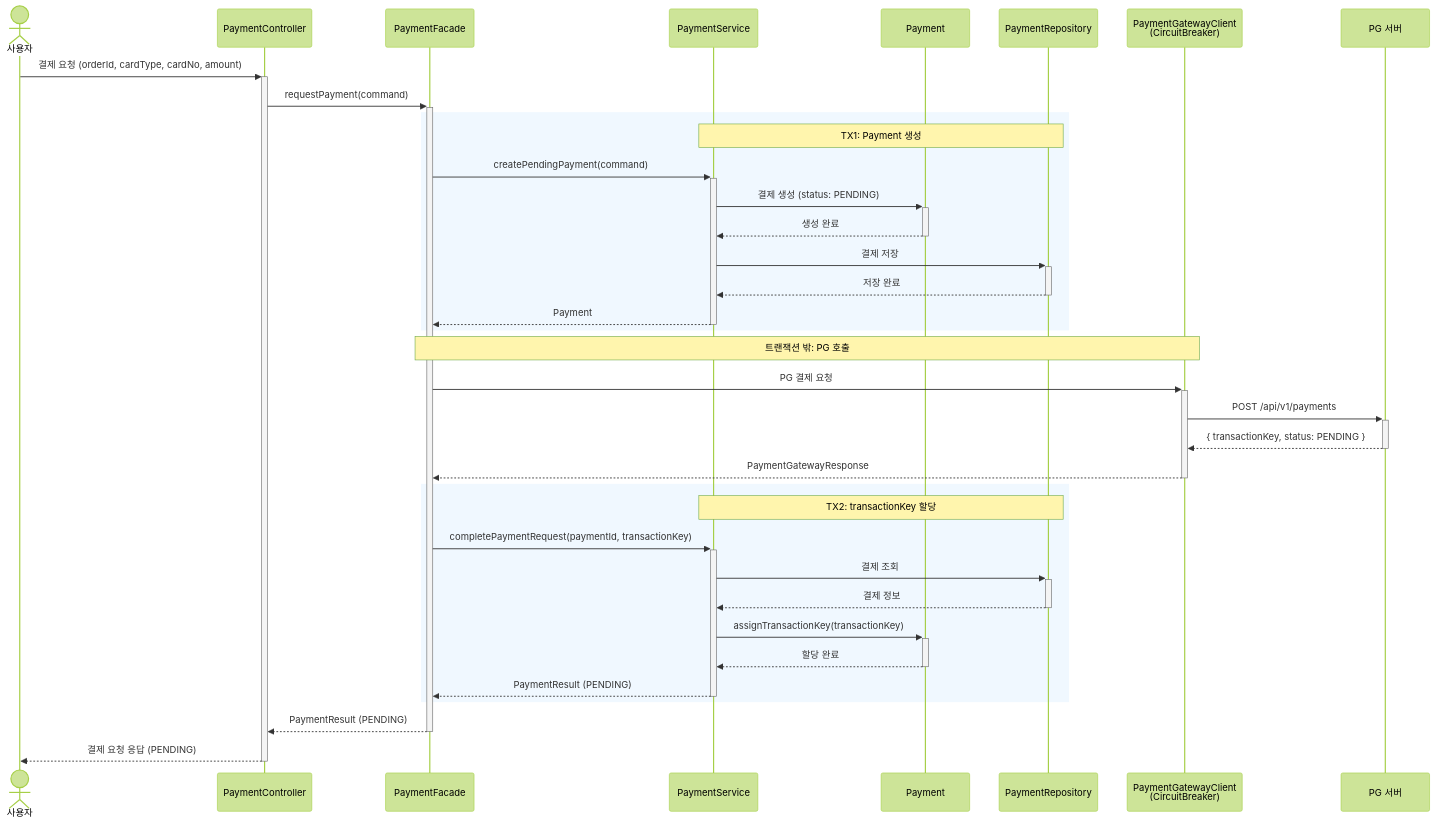
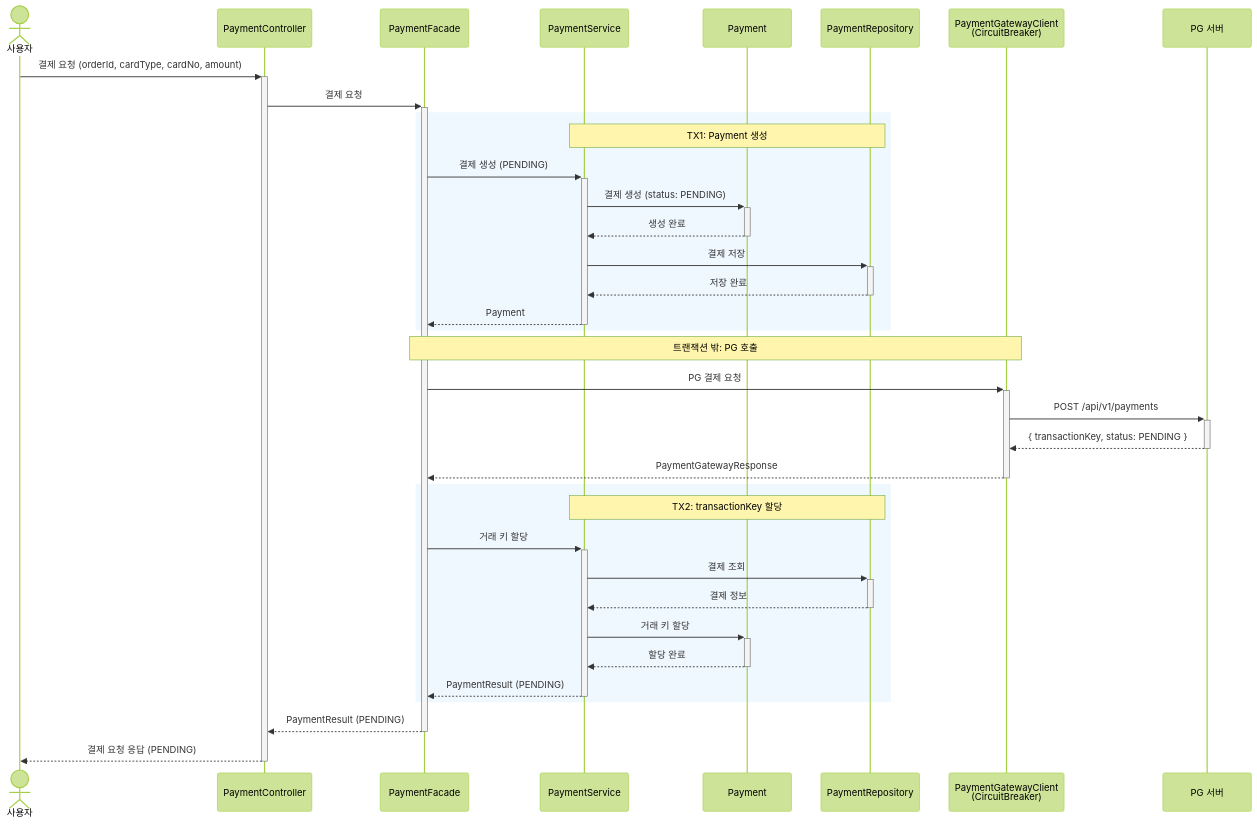
Diagram 32 of 34 in docs/design/02-sequence-diagrams.md (kimjunyoung90/loop-pack-be-l2-vol3-java), drawn with Mermaid (forest theme) before and after one commit. The commit also changed other lines of this file and 3 other files, not shown here.

````diff
--- a/docs/design/02-sequence-diagrams.md
+++ b/docs/design/02-sequence-diagrams.md
@@ -1215,43 +1215,43 @@
 ```mermaid
 sequenceDiagram
     actor User as 사용자
     participant PC as PaymentController
     participant PF as PaymentFacade
     participant PS as PaymentService
     participant P as Payment
     participant PR as PaymentRepository
     participant GC as PaymentGatewayClient<br/>(CircuitBreaker)
     participant PG as PG 서버
 
     User->>+PC: 결제 요청 (orderId, cardType, cardNo, amount)
-    PC->>+PF: requestPayment(command)
+    PC->>+PF: 결제 요청
 
     rect rgb(240, 248, 255)
         Note over PS, PR: TX1: Payment 생성
-        PF->>+PS: createPendingPayment(command)
+        PF->>+PS: 결제 생성 (PENDING)
         PS->>+P: 결제 생성 (status: PENDING)
         P-->>-PS: 생성 완료
         PS->>+PR: 결제 저장
         PR-->>-PS: 저장 완료
         PS-->>-PF: Payment
     end
 
     Note over PF, GC: 트랜잭션 밖: PG 호출
     PF->>+GC: PG 결제 요청
     GC->>+PG: POST /api/v1/payments
     PG-->>-GC: { transactionKey, status: PENDING }
     GC-->>-PF: PaymentGatewayResponse
 
     rect rgb(240, 248, 255)
         Note over PS, PR: TX2: transactionKey 할당
-        PF->>+PS: completePaymentRequest(paymentId, transactionKey)
+        PF->>+PS: 거래 키 할당
         PS->>+PR: 결제 조회
         PR-->>-PS: 결제 정보
-        PS->>+P: assignTransactionKey(transactionKey)
+        PS->>+P: 거래 키 할당
         P-->>-PS: 할당 완료
         PS-->>-PF: PaymentResult (PENDING)
     end
 
     PF-->>-PC: PaymentResult (PENDING)
     PC-->>-User: 결제 요청 응답 (PENDING)
 ```
````
